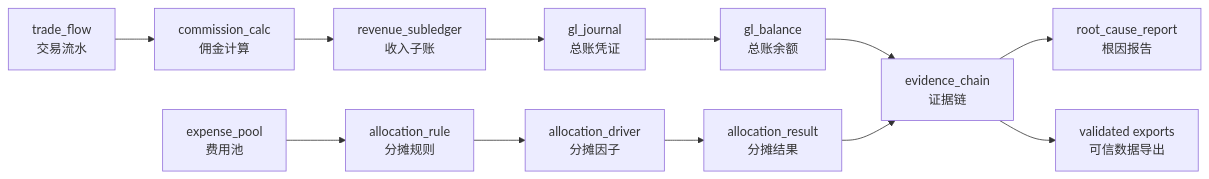
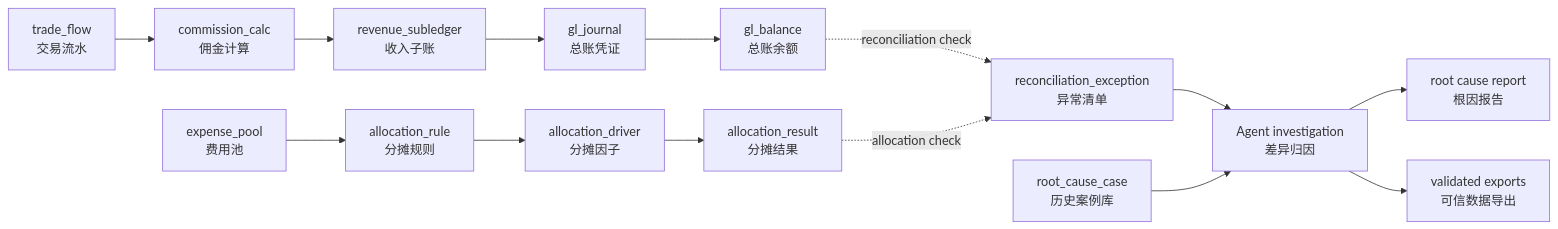
The first of 2 diagrams in README.md (emmadong521-beep/securities-month-end-recon-agent), drawn with Mermaid before and after one commit. The commit also changed other lines of this file, not shown here.

````diff
--- a/README.md
+++ b/README.md
@@ -73,16 +79,18 @@
 ```mermaid
 flowchart LR
     A["trade_flow<br/>交易流水"] --> B["commission_calc<br/>佣金计算"]
     B --> C["revenue_subledger<br/>收入子账"]
     C --> D["gl_journal<br/>总账凭证"]
     D --> E["gl_balance<br/>总账余额"]
 
     F["expense_pool<br/>费用池"] --> G["allocation_rule<br/>分摊规则"]
     G --> H["allocation_driver<br/>分摊因子"]
     H --> I["allocation_result<br/>分摊结果"]
 
-    E --> J["evidence_chain<br/>证据链"]
-    I --> J
-    J --> K["root_cause_report<br/>根因报告"]
-    J --> L["validated exports<br/>可信数据导出"]
+    E -.reconciliation check.-> J["reconciliation_exception<br/>异常清单"]
+    I -.allocation check.-> J
+    J --> K["Agent investigation<br/>差异归因"]
+    L["root_cause_case<br/>历史案例库"] --> K
+    K --> M["root cause report<br/>根因报告"]
+    K --> N["validated exports<br/>可信数据导出"]
 ```
````
